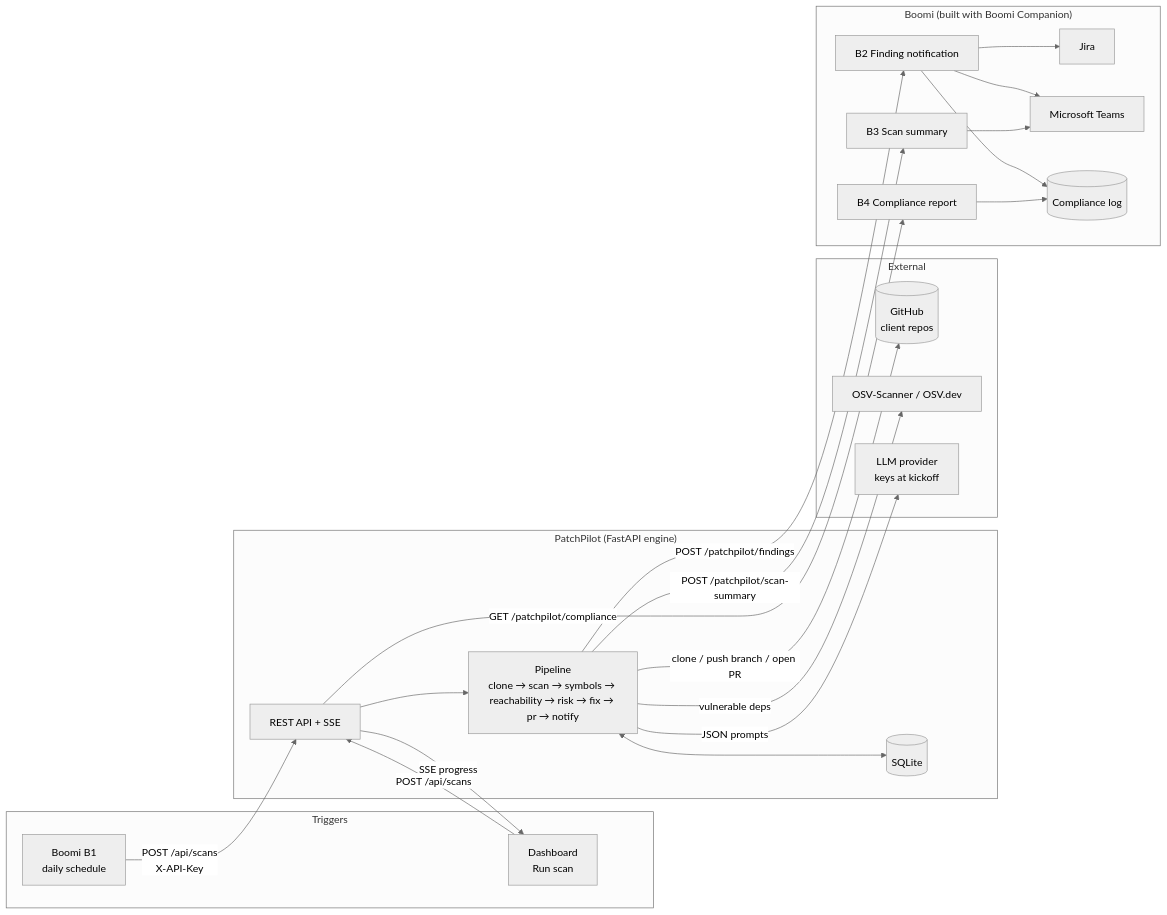
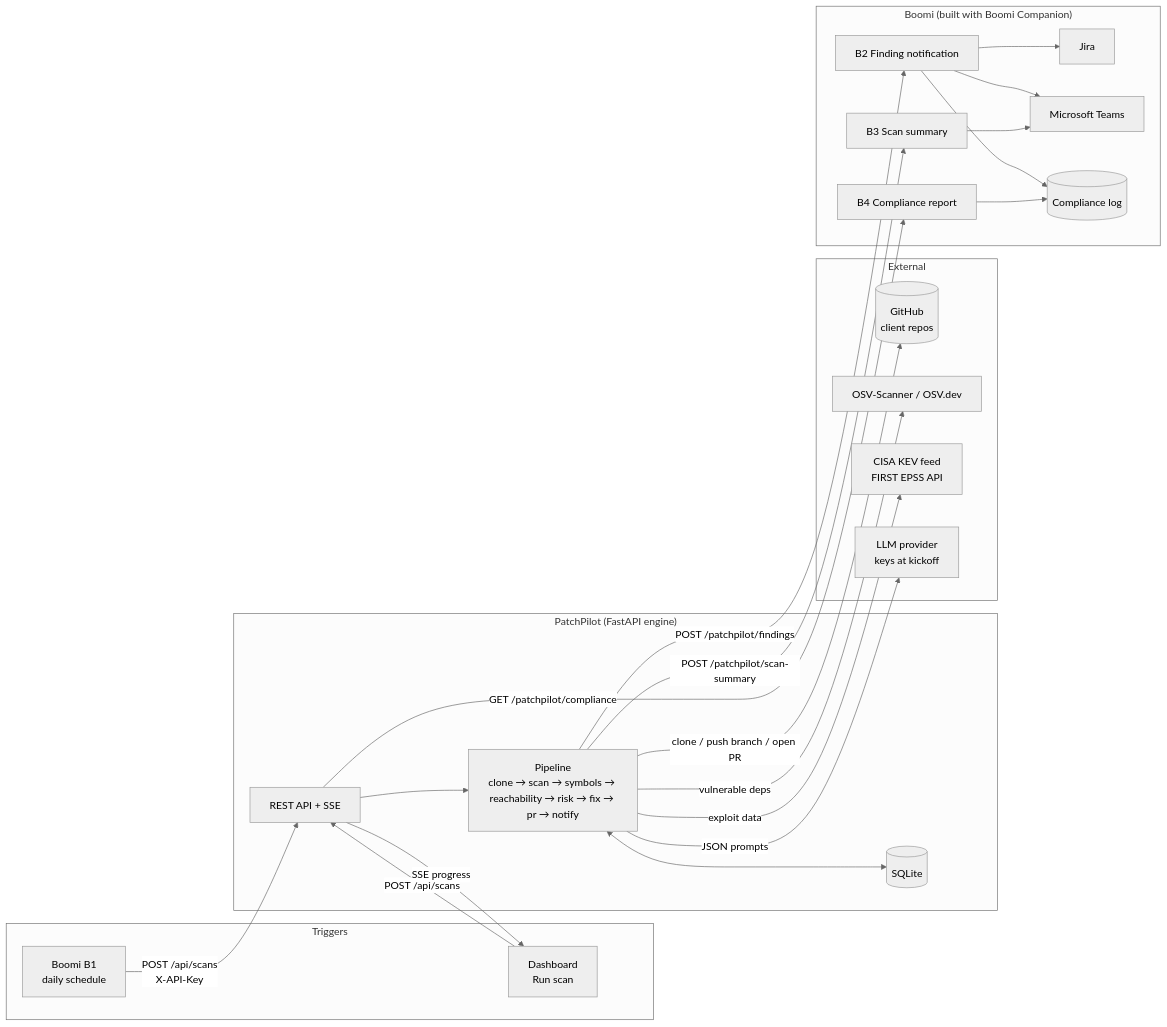
One commit to BommepalliRoop/patchpilot-dryrun changed the first of 11 diagrams in docs/DIAGRAMS.md. Above: the diagram before and after it, drawn with Mermaid (neutral theme). The commit also changed other lines of this file and 21 other files, not shown here.

First line of the commit message:
Add CISA KEV + EPSS exploit data to scoring, contracts, UI and Boomi

````diff
--- a/docs/DIAGRAMS.md
+++ b/docs/DIAGRAMS.md
@@ -22,45 +22,47 @@
 ```mermaid
 flowchart LR
     subgraph Triggers
         B1[Boomi B1<br/>daily schedule]
         UI[Dashboard<br/>Run scan]
     end
 
     subgraph PatchPilot["PatchPilot (FastAPI engine)"]
         API[REST API + SSE]
         PIPE[Pipeline<br/>clone → scan → symbols → reachability → risk → fix → pr → notify]
         DB[(SQLite)]
     end
 
     subgraph External
         GH[(GitHub<br/>client repos)]
         OSV[OSV-Scanner / OSV.dev]
+        TI[CISA KEV feed<br/>FIRST EPSS API]
         LLM[LLM provider<br/>keys at kickoff]
     end
 
     subgraph Boomi["Boomi (built with Boomi Companion)"]
         B2[B2 Finding notification]
         B3[B3 Scan summary]
         B4[B4 Compliance report]
         JIRA[Jira]
         TEAMS[Microsoft Teams]
         LOG[(Compliance log)]
     end
 
     B1 -- "POST /api/scans<br/>X-API-Key" --> API
     UI -- "POST /api/scans" --> API
     API --> PIPE
     PIPE <--> DB
     PIPE -- clone / push branch / open PR --> GH
     PIPE -- vulnerable deps --> OSV
+    PIPE -- exploit data --> TI
     PIPE -- JSON prompts --> LLM
     API -- "SSE progress" --> UI
     PIPE -- "POST /patchpilot/findings" --> B2
     PIPE -- "POST /patchpilot/scan-summary" --> B3
     API -- "GET /patchpilot/compliance" --> B4
     B2 --> JIRA
     B2 --> TEAMS
     B2 --> LOG
     B3 --> TEAMS
     B4 --> LOG
 ```
````
